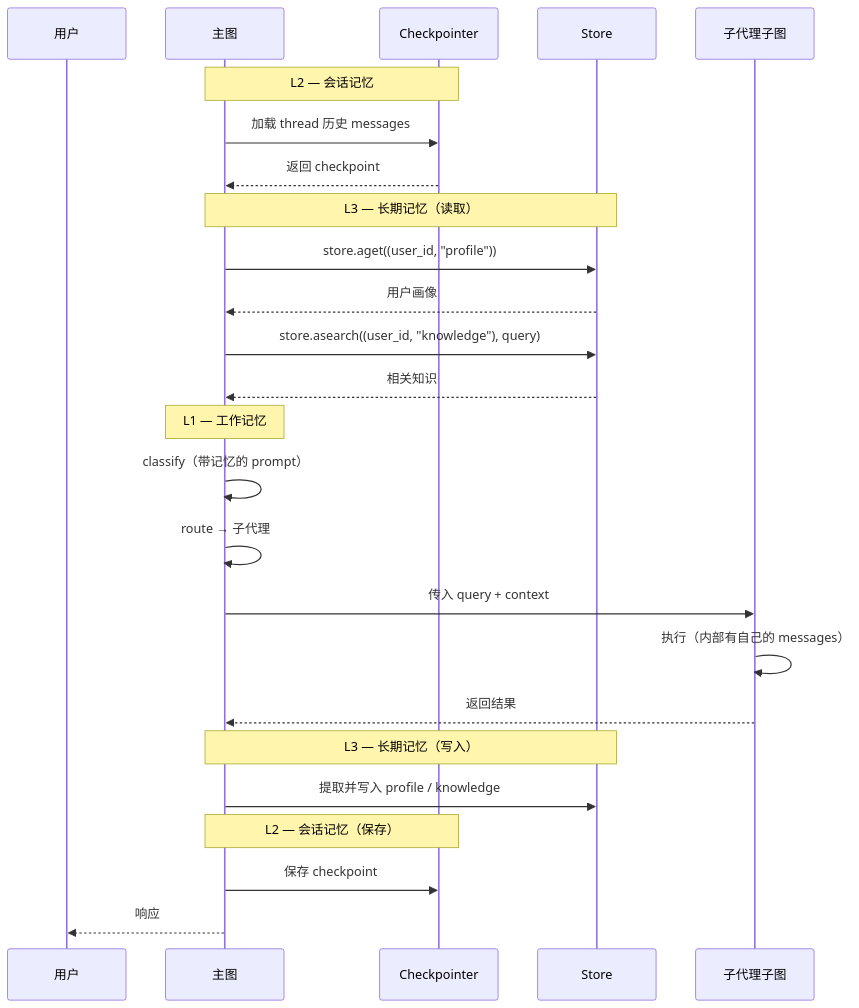
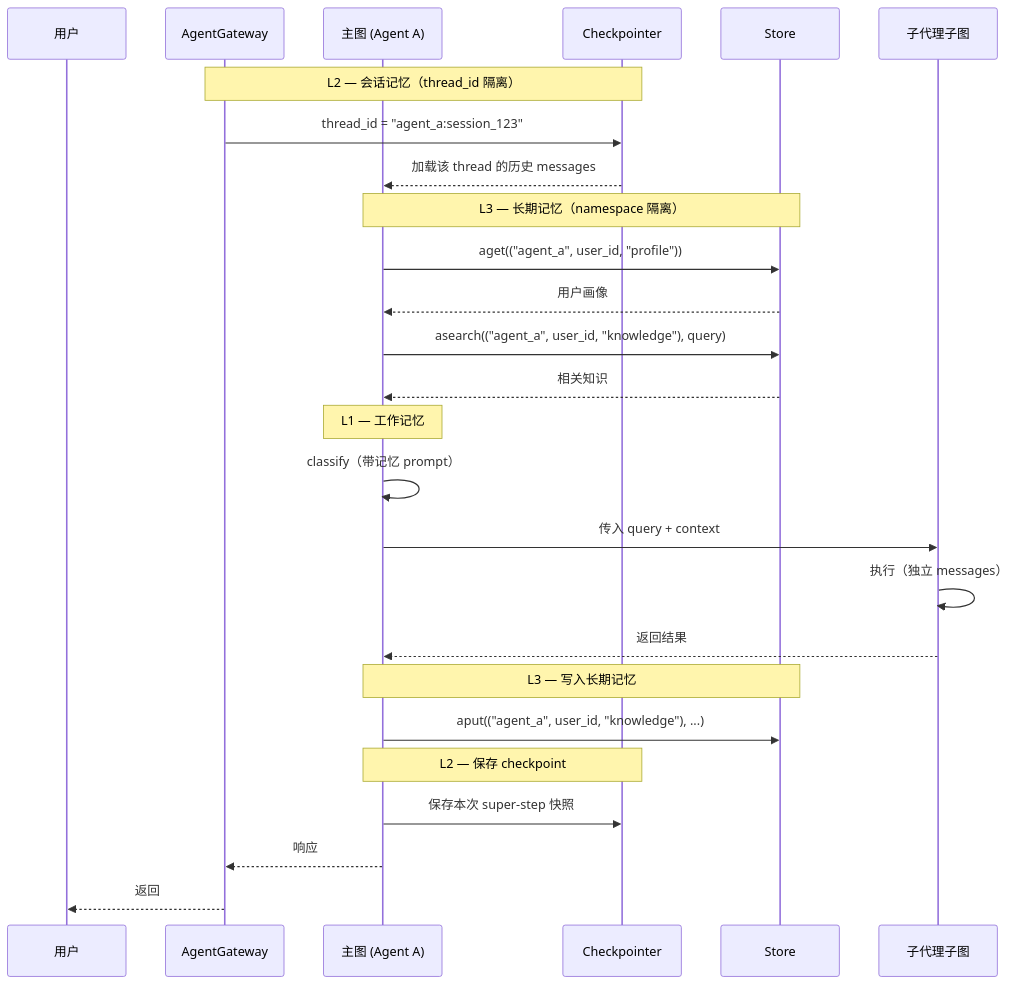
One commit to heelynn/artipivot changed the diagram in doc/MEMORY.md. Above: the diagram before and after it, drawn with Mermaid. The commit also changed other lines of this file and 2 other files, not shown here.

````diff
--- a/doc/MEMORY.md
+++ b/doc/MEMORY.md
@@ -369,33 +324,35 @@
 ```mermaid
 sequenceDiagram
     participant U as 用户
-    participant G as 主图
+    participant GW as AgentGateway
+    participant G as 主图 (Agent A)
     participant CP as Checkpointer
     participant ST as Store
     participant SA as 子代理子图
 
-    Note over G,CP: L2 — 会话记忆
-    G->>CP: 加载 thread 历史 messages
-    CP-->>G: 返回 checkpoint
+    Note over GW,CP: L2 — 会话记忆（thread_id 隔离）
+    GW->>CP: thread_id = "agent_a:session_123"
+    CP-->>G: 加载该 thread 的历史 messages
 
-    Note over G,ST: L3 — 长期记忆（读取）
-    G->>ST: store.aget((user_id, "profile"))
+    Note over G,ST: L3 — 长期记忆（namespace 隔离）
+    G->>ST: aget(("agent_a", user_id, "profile"))
     ST-->>G: 用户画像
-    G->>ST: store.asearch((user_id, "knowledge"), query)
+    G->>ST: asearch(("agent_a", user_id, "knowledge"), query)
     ST-->>G: 相关知识
 
     Note over G: L1 — 工作记忆
-    G->>G: classify（带记忆的 prompt）
-    G->>G: route → 子代理
+    G->>G: classify（带记忆 prompt）
+    G->>SA: 传入 query + context
 
-    G->>SA: 传入 query + context
-    SA->>SA: 执行（内部有自己的 messages）
+    SA->>SA: 执行（独立 messages）
     SA-->>G: 返回结果
 
-    Note over G,ST: L3 — 长期记忆（写入）
-    G->>ST: 提取并写入 profile / knowledge
+    Note over G,ST: L3 — 写入长期记忆
+    G->>ST: aput(("agent_a", user_id, "knowledge"), ...)
 
-    Note over G,CP: L2 — 会话记忆（保存）
-    G->>CP: 保存 checkpoint
-    G-->>U: 响应
+    Note over G,CP: L2 — 保存 checkpoint
+    G->>CP: 保存本次 super-step 快照
+
+    G-->>GW: 响应
+    GW-->>U: 返回
 ```
````
